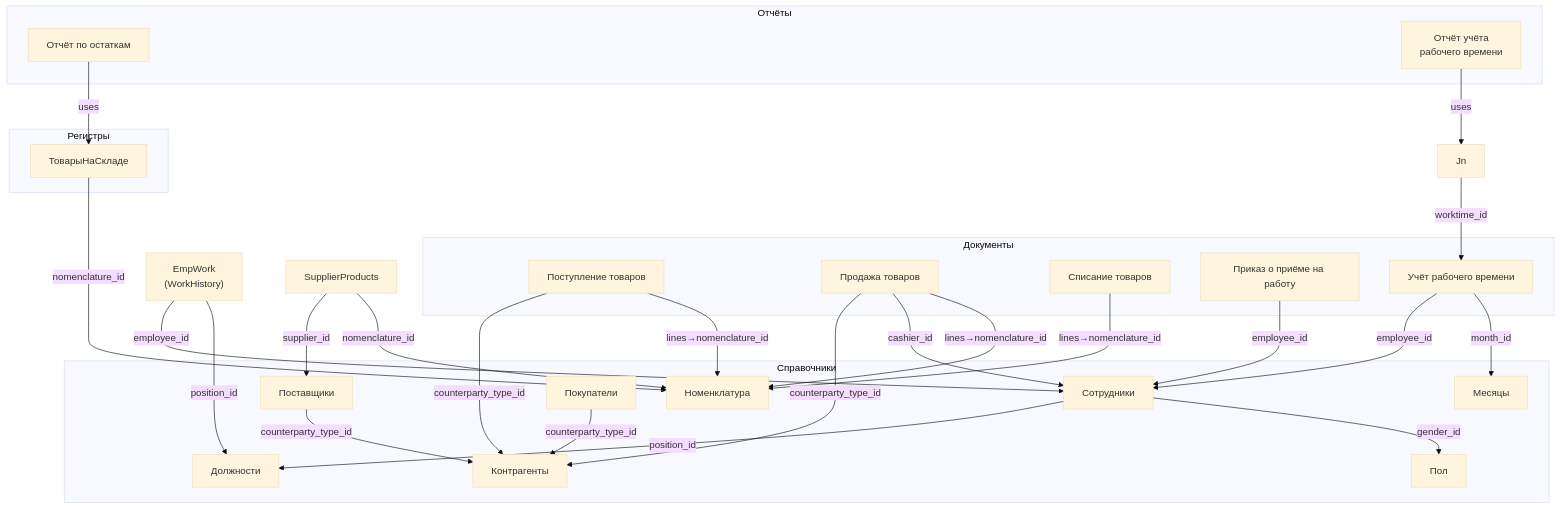
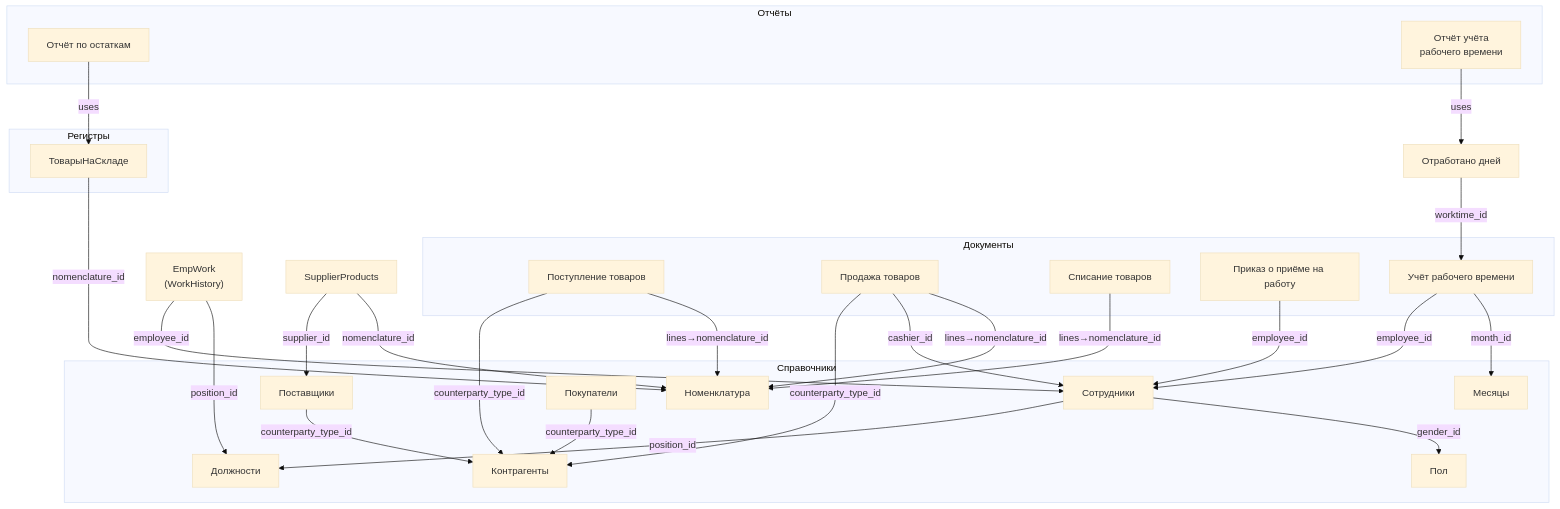
Before and after one commit to LAVEREXE/iodraw-files: the diagram in all/Untitled.md, drawn with Mermaid (base theme).

Commit message:
2025-04-29 19:23:29 update

````diff
--- a/all/Untitled.md
+++ b/all/Untitled.md
@@ -1,68 +1,68 @@
 ```mermaid
 graph TD
   %% Подграфы для группировки
   subgraph Справочники
     Emp["Сотрудники"]
     Nom["Номенклатура"]
     Sup["Поставщики"]
     Buy["Покупатели"]
     Pos["Должности"]
     Gen["Пол"]
     Ctp["Контрагенты"]
     Mon["Месяцы"]
   end
 
   subgraph Документы
     GR["Поступление товаров"]
     GS["Продажа товаров"]
     GW["Списание товаров"]
     HO["Приказ о приёме на работу"]
     WT["Учёт рабочего времени"]
   end
 
   subgraph Регистры
     WP["ТоварыНаСкладе"]
   end
 
   subgraph Отчёты
     SR["Отчёт по остаткам"]
     WTR["Отчёт учёта\nрабочего времени"]
   end
 
   %% Связи внутри справочников
   Emp -->|position_id| Pos
   Emp -->|gender_id| Gen
   EmpWork["EmpWork\n(WorkHistory)"] -->|employee_id| Emp
   EmpWork -->|position_id| Pos
 
   SupProd["SupplierProducts"] -->|supplier_id| Sup
   SupProd -->|nomenclature_id| Nom
 
   %% Связи документов со справочниками
   GR -->|counterparty_type_id| Ctp
   GR -->|lines→nomenclature_id| Nom
 
   GS -->|counterparty_type_id| Ctp
   GS -->|cashier_id| Emp
   GS -->|lines→nomenclature_id| Nom
 
   GW -->|lines→nomenclature_id| Nom
 
   HO -->|employee_id| Emp
 
   WT -->|employee_id| Emp
   WT -->|month_id| Mon
-  WTDay["Jn"] -->|worktime_id| WT
+  WTDay["Отработано дней"] -->|worktime_id| WT
 
   %% Связи регистра накопления
   WP -->|nomenclature_id| Nom
 
   %% Связи отчётов
   SR -->|uses| WP
   WTR -->|uses| WTDay
 
   %% Дополнительные связи (опционально)
   Sup -->|counterparty_type_id| Ctp
   Buy -->|counterparty_type_id| Ctp
 
 ```
````
